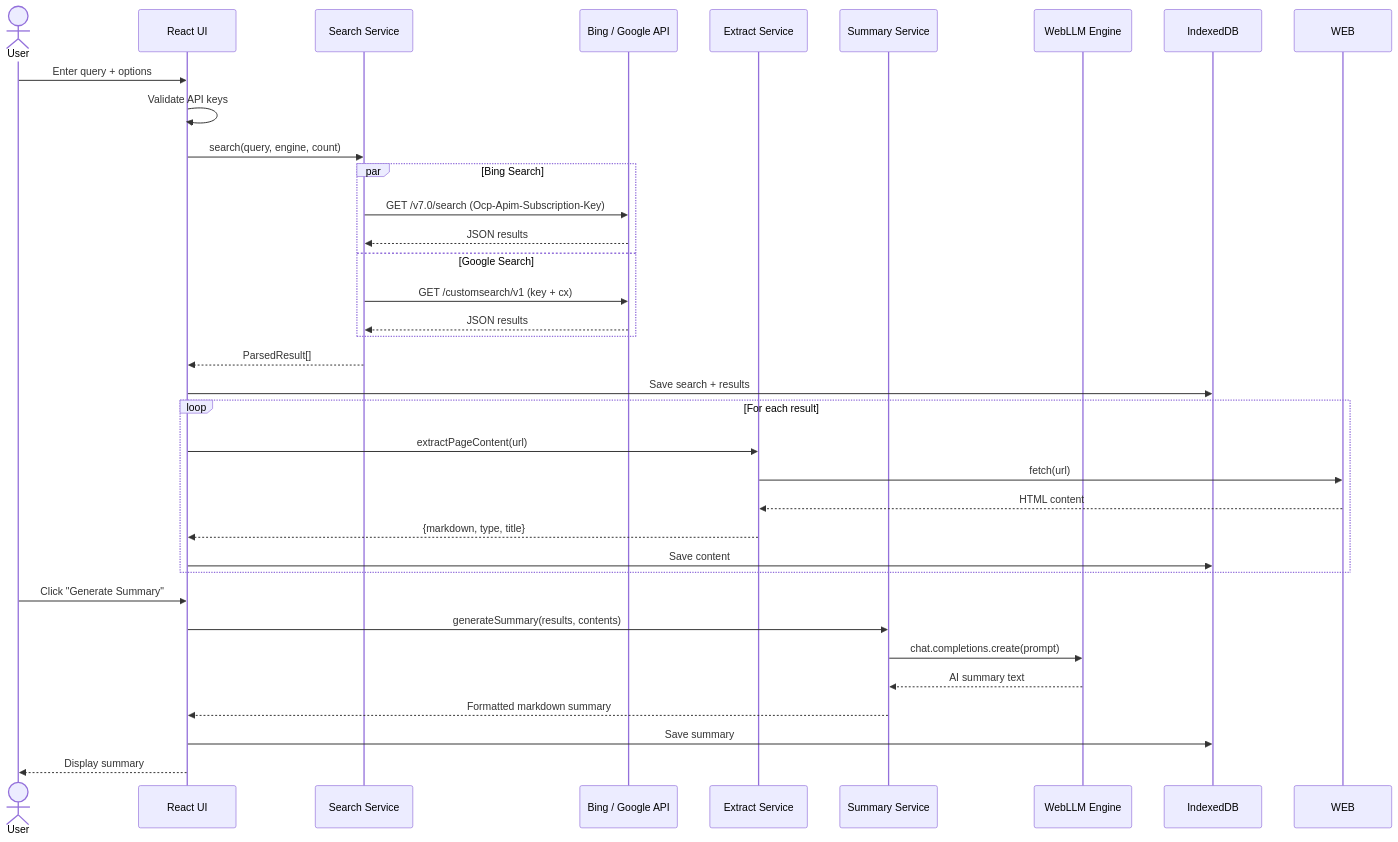
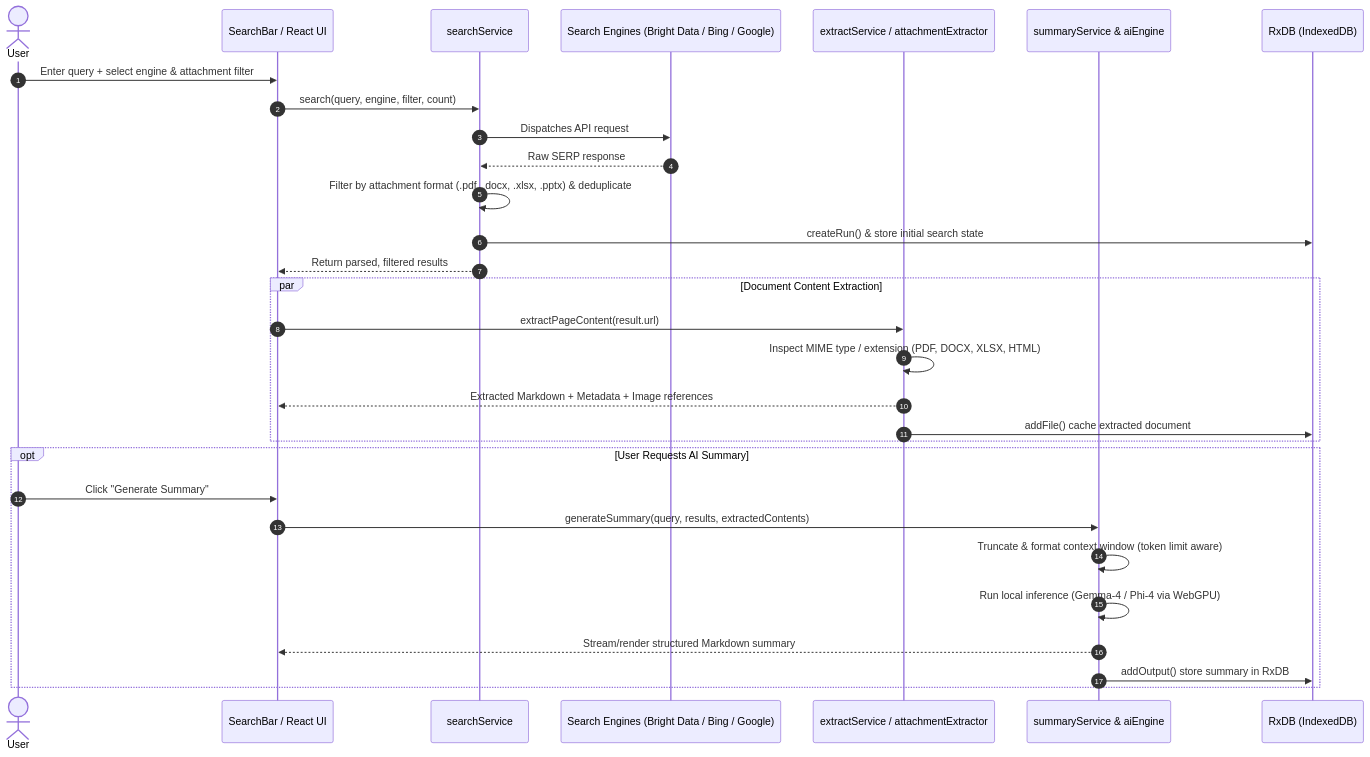
Before and after one commit to learningsam20/attach-surfer: the second of 3 diagrams in docs/architecture.md, drawn with Mermaid. The commit also changed other lines of this file and 57 other files, not shown here.

````diff
--- a/docs/architecture.md
+++ b/docs/architecture.md
@@ -59,42 +92,35 @@
 ```mermaid
 sequenceDiagram
+    autonumber
     actor User
-    participant UI as React UI
-    participant SS as Search Service
-    participant API as Bing / Google API
-    participant ES as Extract Service
-    participant SM as Summary Service
-    participant WLLM as WebLLM Engine
-    participant DB as IndexedDB
+    participant UI as SearchBar / React UI
+    participant SearchSvc as searchService
+    participant Engine as Search Engines (Bright Data / Bing / Google)
+    participant ExtractSvc as extractService / attachmentExtractor
+    participant AISvc as summaryService & aiEngine
+    participant DB as RxDB (IndexedDB)
 
-    User->>UI: Enter query + options
-    UI->>UI: Validate API keys
-    UI->>SS: search(query, engine, count)
+    User->>UI: Enter query + select engine & attachment filter
+    UI->>SearchSvc: search(query, engine, filter, count)
+    SearchSvc->>Engine: Dispatches API request
+    Engine-->>SearchSvc: Raw SERP response
+    SearchSvc->>SearchSvc: Filter by attachment format (.pdf, .docx, .xlsx, .pptx) & deduplicate
+    SearchSvc->>DB: createRun() & store initial search state
+    SearchSvc-->>UI: Return parsed, filtered results
 
-    par Bing Search
-        SS->>API: GET /v7.0/search (Ocp-Apim-Subscription-Key)
-        API-->>SS: JSON results
-    and Google Search
-        SS->>API: GET /customsearch/v1 (key + cx)
-        API-->>SS: JSON results
+    par Document Content Extraction
+        UI->>ExtractSvc: extractPageContent(result.url)
+        ExtractSvc->>ExtractSvc: Inspect MIME type / extension (PDF, DOCX, XLSX, HTML)
+        ExtractSvc-->>UI: Extracted Markdown + Metadata + Image references
+        ExtractSvc->>DB: addFile() cache extracted document
     end
 
-    SS-->>UI: ParsedResult[]
-    UI->>DB: Save search + results
-
-    loop For each result
-        UI->>ES: extractPageContent(url)
-        ES->>WEB: fetch(url)
-        WEB-->>ES: HTML content
-        ES-->>UI: {markdown, type, title}
-        UI->>DB: Save content
+    opt User Requests AI Summary
+        User->>UI: Click "Generate Summary"
+        UI->>AISvc: generateSummary(query, results, extractedContents)
+        AISvc->>AISvc: Truncate & format context window (token limit aware)
+        AISvc->>AISvc: Run local inference (Gemma-4 / Phi-4 via WebGPU)
+        AISvc-->>UI: Stream/render structured Markdown summary
+        AISvc->>DB: addOutput() store summary in RxDB
     end
-
-    User->>UI: Click "Generate Summary"
-    UI->>SM: generateSummary(results, contents)
-    SM->>WLLM: chat.completions.create(prompt)
-    WLLM-->>SM: AI summary text
-    SM-->>UI: Formatted markdown summary
-    UI->>DB: Save summary
-    UI-->>User: Display summary
 ```
````
